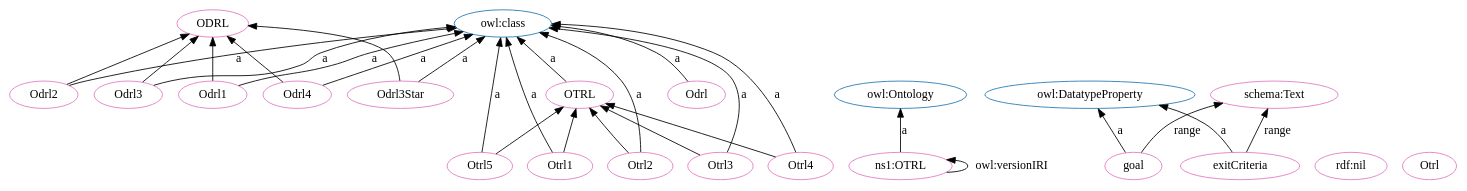
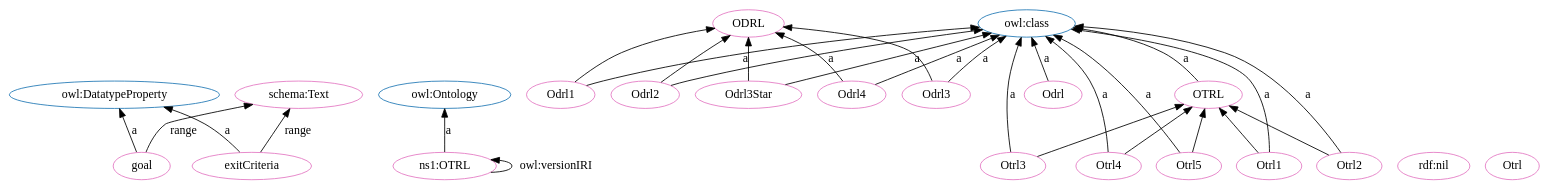
Before and after one commit to OPEN-NEXT/OKH-LOSH: the diagram in OTRL.dot, drawn with Graphviz. The commit also changed other lines of this file and 15 other files, not shown here.

```diff
--- a/OTRL.dot
+++ b/OTRL.dot
@@ -1,56 +1,56 @@
 digraph G {
   rankdir=BT
   node[height=.3]
+"http://www.w3.org/2002/07/owl#DatatypeProperty" [fillcolor="#1f77b4" color="#1f77b4" label="owl:DatatypeProperty"]
+"http://www.w3.org/2002/07/owl#Ontology" [fillcolor="#1f77b4" color="#1f77b4" label="owl:Ontology"]
 "http://purl.org/oseg/ontologies/OTRL#OTRL" [fillcolor="#1f77b4" color="#1f77b4" label="OTRL"]
-"http://www.w3.org/2002/07/owl#Ontology" [fillcolor="#1f77b4" color="#1f77b4" label="owl:Ontology"]
 "http://www.w3.org/2002/07/owl#class" [fillcolor="#1f77b4" color="#1f77b4" label="owl:class"]
-"http://www.w3.org/2002/07/owl#DatatypeProperty" [fillcolor="#1f77b4" color="#1f77b4" label="owl:DatatypeProperty"]
 "http://purl.org/oseg/ontologies/OTRL#ODRL" [fillcolor="#1f77b4" color="#1f77b4" label="ODRL"]
+"http://purl.org/oseg/ontologies/OTRL#Otrl4" [fillcolor="#e377c2" color="#e377c2" label="Otrl4"]
+"http://www.w3.org/1999/02/22-rdf-syntax-ns#nil" [fillcolor="#e377c2" color="#e377c2" label="rdf:nil"]
+"http://purl.org/oseg/ontologies/OTRL#Odrl4" [fillcolor="#e377c2" color="#e377c2" label="Odrl4"]
+"http://purl.org/oseg/ontologies/OTRL#Otrl2" [fillcolor="#e377c2" color="#e377c2" label="Otrl2"]
+"http://purl.org/oseg/ontologies/OTRL#Odrl3Star" [fillcolor="#e377c2" color="#e377c2" label="Odrl3Star"]
+"http://purl.org/oseg/ontologies/OTRL#OTRL" [fillcolor="#e377c2" color="#e377c2" label="OTRL"]
+"http://purl.org/oseg/ontologies/OTRL#Odrl" [fillcolor="#e377c2" color="#e377c2" label="Odrl"]
+"http://purl.org/oseg/ontologies/OTRL#Odrl3" [fillcolor="#e377c2" color="#e377c2" label="Odrl3"]
+"http://purl.org/oseg/ontologies/OTRL#Otrl" [fillcolor="#e377c2" color="#e377c2" label="Otrl"]
+"http://purl.org/oseg/ontologies/OTRL#ODRL" [fillcolor="#e377c2" color="#e377c2" label="ODRL"]
+"http://purl.org/oseg/ontologies/OTRL#Otrl5" [fillcolor="#e377c2" color="#e377c2" label="Otrl5"]
+"http://purl.org/oseg/ontologies/OTRL#Odrl1" [fillcolor="#e377c2" color="#e377c2" label="Odrl1"]
+"http://schema.org/Text" [fillcolor="#e377c2" color="#e377c2" label="schema:Text"]
+"http://purl.org/oseg/ontologies/OTRL#Otrl3" [fillcolor="#e377c2" color="#e377c2" label="Otrl3"]
 "http://purl.org/oseg/ontologies/OTRL" [fillcolor="#e377c2" color="#e377c2" label="ns1:OTRL"]
-"http://schema.org/Text" [fillcolor="#e377c2" color="#e377c2" label="schema:Text"]
-"http://purl.org/oseg/ontologies/OTRL#OTRL" [fillcolor="#e377c2" color="#e377c2" label="OTRL"]
-"http://purl.org/oseg/ontologies/OTRL#ODRL" [fillcolor="#e377c2" color="#e377c2" label="ODRL"]
-"http://purl.org/oseg/ontologies/OTRL#Odrl3" [fillcolor="#e377c2" color="#e377c2" label="Odrl3"]
-"http://www.w3.org/1999/02/22-rdf-syntax-ns#nil" [fillcolor="#e377c2" color="#e377c2" label="rdf:nil"]
-"http://purl.org/oseg/ontologies/OTRL#Otrl2" [fillcolor="#e377c2" color="#e377c2" label="Otrl2"]
+"http://purl.org/oseg/ontologies/OTRL#Otrl1" [fillcolor="#e377c2" color="#e377c2" label="Otrl1"]
+"http://purl.org/oseg/ontologies/OTRL#goal" [fillcolor="#e377c2" color="#e377c2" label="goal"]
 "http://purl.org/oseg/ontologies/OTRL#Odrl2" [fillcolor="#e377c2" color="#e377c2" label="Odrl2"]
-"http://purl.org/oseg/ontologies/OTRL#goal" [fillcolor="#e377c2" color="#e377c2" label="goal"]
-"http://purl.org/oseg/ontologies/OTRL#Odrl" [fillcolor="#e377c2" color="#e377c2" label="Odrl"]
-"http://purl.org/oseg/ontologies/OTRL#Odrl4" [fillcolor="#e377c2" color="#e377c2" label="Odrl4"]
-"http://purl.org/oseg/ontologies/OTRL#Otrl1" [fillcolor="#e377c2" color="#e377c2" label="Otrl1"]
-"http://purl.org/oseg/ontologies/OTRL#Otrl4" [fillcolor="#e377c2" color="#e377c2" label="Otrl4"]
-"http://purl.org/oseg/ontologies/OTRL#Otrl" [fillcolor="#e377c2" color="#e377c2" label="Otrl"]
-"http://purl.org/oseg/ontologies/OTRL#Odrl1" [fillcolor="#e377c2" color="#e377c2" label="Odrl1"]
-"http://purl.org/oseg/ontologies/OTRL#Otrl5" [fillcolor="#e377c2" color="#e377c2" label="Otrl5"]
 "http://purl.org/oseg/ontologies/OTRL#exitCriteria" [fillcolor="#e377c2" color="#e377c2" label="exitCriteria"]
-"http://purl.org/oseg/ontologies/OTRL#Odrl3Star" [fillcolor="#e377c2" color="#e377c2" label="Odrl3Star"]
-"http://purl.org/oseg/ontologies/OTRL#Otrl3" [fillcolor="#e377c2" color="#e377c2" label="Otrl3"]
-  "http://purl.org/oseg/ontologies/OTRL" -> "http://www.w3.org/2002/07/owl#Ontology" [label="a"]
-  "http://purl.org/oseg/ontologies/OTRL" -> "http://purl.org/oseg/ontologies/OTRL" [label="owl:versionIRI"]
-  "http://purl.org/oseg/ontologies/OTRL#Odrl3" -> "http://www.w3.org/2002/07/owl#class" [label="a"]
-  "http://purl.org/oseg/ontologies/OTRL#OTRL" -> "http://www.w3.org/2002/07/owl#class" [label="a"]
-  "http://purl.org/oseg/ontologies/OTRL#Otrl1" -> "http://www.w3.org/2002/07/owl#class" [label="a"]
   "http://purl.org/oseg/ontologies/OTRL#Otrl4" -> "http://www.w3.org/2002/07/owl#class" [label="a"]
-  "http://purl.org/oseg/ontologies/OTRL#Otrl1" -> "http://purl.org/oseg/ontologies/OTRL#OTRL" [label=""]
-  "http://purl.org/oseg/ontologies/OTRL#Otrl3" -> "http://www.w3.org/2002/07/owl#class" [label="a"]
-  "http://purl.org/oseg/ontologies/OTRL#Odrl4" -> "http://purl.org/oseg/ontologies/OTRL#ODRL" [label=""]
-  "http://purl.org/oseg/ontologies/OTRL#Odrl" -> "http://www.w3.org/2002/07/owl#class" [label="a"]
-  "http://purl.org/oseg/ontologies/OTRL#goal" -> "http://schema.org/Text" [label="range"]
-  "http://purl.org/oseg/ontologies/OTRL#Otrl4" -> "http://purl.org/oseg/ontologies/OTRL#OTRL" [label=""]
-  "http://purl.org/oseg/ontologies/OTRL#Odrl2" -> "http://purl.org/oseg/ontologies/OTRL#ODRL" [label=""]
   "http://purl.org/oseg/ontologies/OTRL#Otrl2" -> "http://www.w3.org/2002/07/owl#class" [label="a"]
-  "http://purl.org/oseg/ontologies/OTRL#Odrl2" -> "http://www.w3.org/2002/07/owl#class" [label="a"]
-  "http://purl.org/oseg/ontologies/OTRL#goal" -> "http://www.w3.org/2002/07/owl#DatatypeProperty" [label="a"]
-  "http://purl.org/oseg/ontologies/OTRL#exitCriteria" -> "http://schema.org/Text" [label="range"]
-  "http://purl.org/oseg/ontologies/OTRL#Otrl3" -> "http://purl.org/oseg/ontologies/OTRL#OTRL" [label=""]
-  "http://purl.org/oseg/ontologies/OTRL#Odrl4" -> "http://www.w3.org/2002/07/owl#class" [label="a"]
-  "http://purl.org/oseg/ontologies/OTRL#Odrl1" -> "http://purl.org/oseg/ontologies/OTRL#ODRL" [label=""]
+  "http://purl.org/oseg/ontologies/OTRL#Otrl5" -> "http://www.w3.org/2002/07/owl#class" [label="a"]
   "http://purl.org/oseg/ontologies/OTRL#Otrl2" -> "http://purl.org/oseg/ontologies/OTRL#OTRL" [label=""]
   "http://purl.org/oseg/ontologies/OTRL#Odrl1" -> "http://www.w3.org/2002/07/owl#class" [label="a"]
-  "http://purl.org/oseg/ontologies/OTRL#Otrl5" -> "http://www.w3.org/2002/07/owl#class" [label="a"]
+  "http://purl.org/oseg/ontologies/OTRL#exitCriteria" -> "http://schema.org/Text" [label="range"]
+  "http://purl.org/oseg/ontologies/OTRL#Odrl1" -> "http://purl.org/oseg/ontologies/OTRL#ODRL" [label=""]
+  "http://purl.org/oseg/ontologies/OTRL" -> "http://purl.org/oseg/ontologies/OTRL" [label="owl:versionIRI"]
+  "http://purl.org/oseg/ontologies/OTRL#goal" -> "http://schema.org/Text" [label="range"]
+  "http://purl.org/oseg/ontologies/OTRL#OTRL" -> "http://www.w3.org/2002/07/owl#class" [label="a"]
+  "http://purl.org/oseg/ontologies/OTRL#goal" -> "http://www.w3.org/2002/07/owl#DatatypeProperty" [label="a"]
+  "http://purl.org/oseg/ontologies/OTRL#Odrl2" -> "http://www.w3.org/2002/07/owl#class" [label="a"]
+  "http://purl.org/oseg/ontologies/OTRL#exitCriteria" -> "http://www.w3.org/2002/07/owl#DatatypeProperty" [label="a"]
+  "http://purl.org/oseg/ontologies/OTRL#Odrl2" -> "http://purl.org/oseg/ontologies/OTRL#ODRL" [label=""]
+  "http://purl.org/oseg/ontologies/OTRL#Odrl4" -> "http://www.w3.org/2002/07/owl#class" [label="a"]
+  "http://purl.org/oseg/ontologies/OTRL#Odrl3Star" -> "http://www.w3.org/2002/07/owl#class" [label="a"]
+  "http://purl.org/oseg/ontologies/OTRL#Otrl3" -> "http://purl.org/oseg/ontologies/OTRL#OTRL" [label=""]
+  "http://purl.org/oseg/ontologies/OTRL#Odrl3" -> "http://www.w3.org/2002/07/owl#class" [label="a"]
+  "http://purl.org/oseg/ontologies/OTRL#Odrl4" -> "http://purl.org/oseg/ontologies/OTRL#ODRL" [label=""]
   "http://purl.org/oseg/ontologies/OTRL#Odrl3Star" -> "http://purl.org/oseg/ontologies/OTRL#ODRL" [label=""]
-  "http://purl.org/oseg/ontologies/OTRL#exitCriteria" -> "http://www.w3.org/2002/07/owl#DatatypeProperty" [label="a"]
+  "http://purl.org/oseg/ontologies/OTRL#Otrl1" -> "http://purl.org/oseg/ontologies/OTRL#OTRL" [label=""]
   "http://purl.org/oseg/ontologies/OTRL#Odrl3" -> "http://purl.org/oseg/ontologies/OTRL#ODRL" [label=""]
-  "http://purl.org/oseg/ontologies/OTRL#Odrl3Star" -> "http://www.w3.org/2002/07/owl#class" [label="a"]
+  "http://purl.org/oseg/ontologies/OTRL#Otrl3" -> "http://www.w3.org/2002/07/owl#class" [label="a"]
+  "http://purl.org/oseg/ontologies/OTRL#Odrl" -> "http://www.w3.org/2002/07/owl#class" [label="a"]
+  "http://purl.org/oseg/ontologies/OTRL#Otrl1" -> "http://www.w3.org/2002/07/owl#class" [label="a"]
+  "http://purl.org/oseg/ontologies/OTRL#Otrl4" -> "http://purl.org/oseg/ontologies/OTRL#OTRL" [label=""]
   "http://purl.org/oseg/ontologies/OTRL#Otrl5" -> "http://purl.org/oseg/ontologies/OTRL#OTRL" [label=""]
+  "http://purl.org/oseg/ontologies/OTRL" -> "http://www.w3.org/2002/07/owl#Ontology" [label="a"]
 }
```
